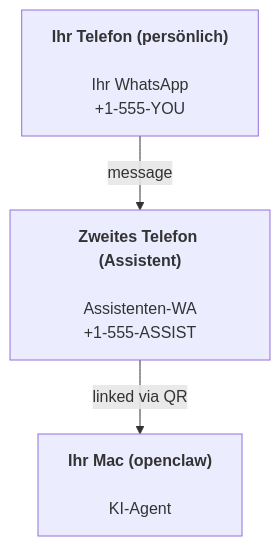
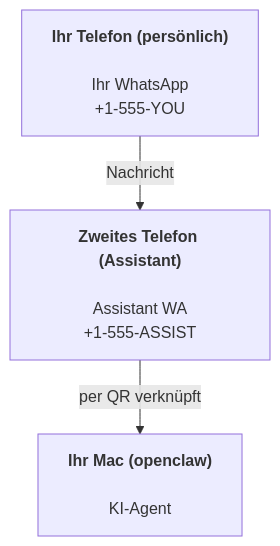
The diagram in docs/de/start/openclaw.md (daichangya/openclaw-docs), drawn with Mermaid before and after one commit. The commit also changed other lines of this file and 440 other files, not shown here.

````diff
--- a/docs/de/start/openclaw.md
+++ b/docs/de/start/openclaw.md
@@ -43,5 +43,5 @@
 ```mermaid
 flowchart TB
-    A["<b>Ihr Telefon (persönlich)<br></b><br>Ihr WhatsApp<br>+1-555-YOU"] -- message --> B["<b>Zweites Telefon (Assistent)<br></b><br>Assistenten-WA<br>+1-555-ASSIST"]
-    B -- linked via QR --> C["<b>Ihr Mac (openclaw)<br></b><br>KI-Agent"]
+    A["<b>Ihr Telefon (persönlich)<br></b><br>Ihr WhatsApp<br>+1-555-YOU"] -- Nachricht --> B["<b>Zweites Telefon (Assistant)<br></b><br>Assistant WA<br>+1-555-ASSIST"]
+    B -- per QR verknüpft --> C["<b>Ihr Mac (openclaw)<br></b><br>KI-Agent"]
 ```
````
